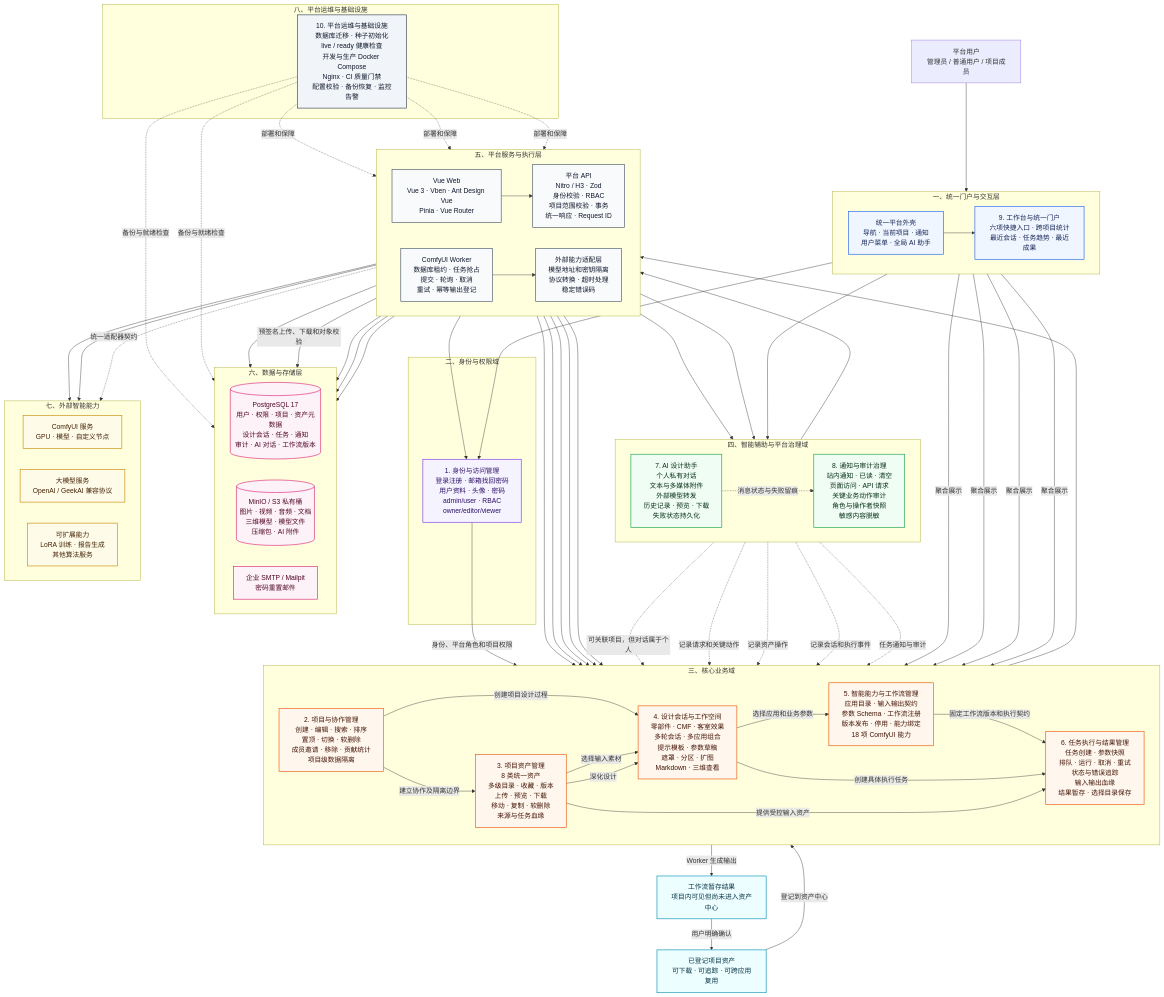
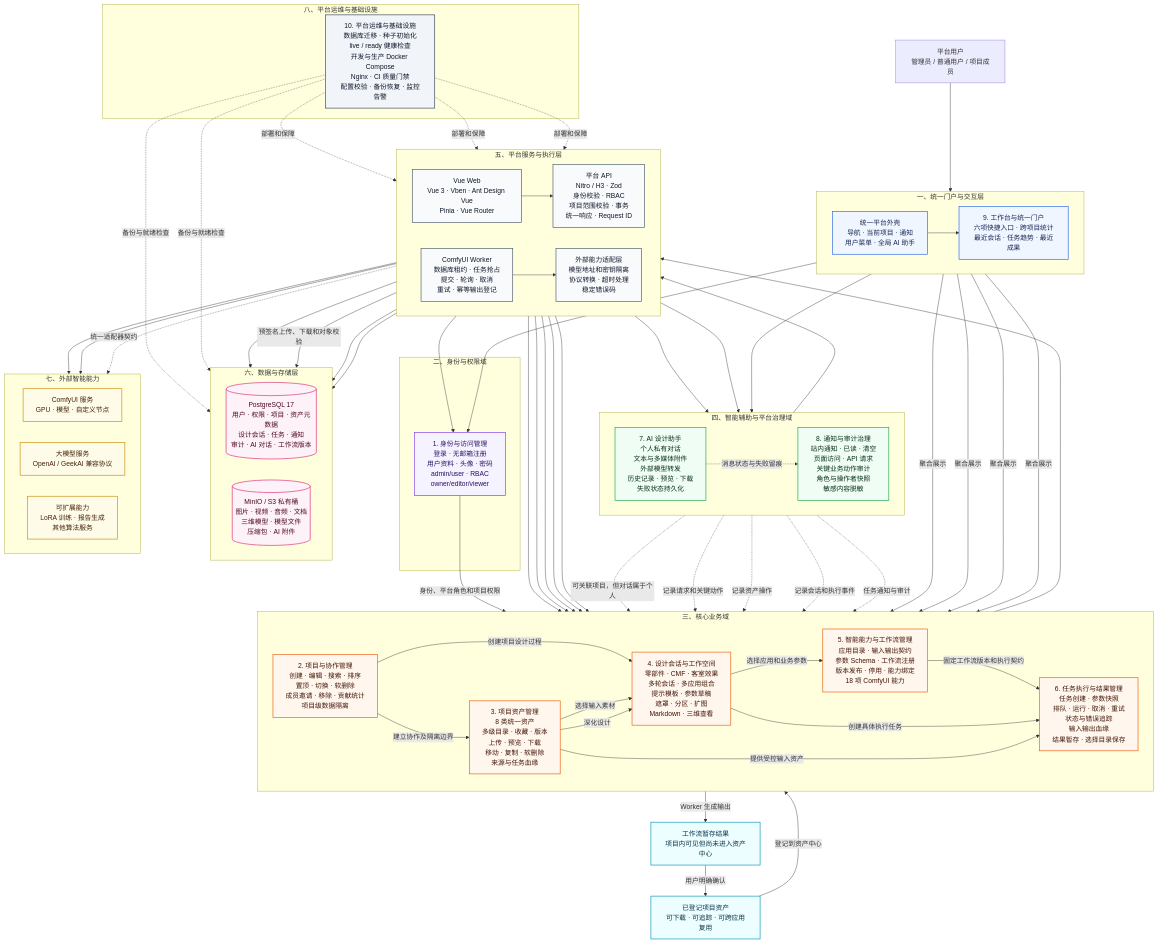
Before and after one commit to hywchina/vue-vben-admin: the diagram in README.md, drawn with Mermaid. The commit also changed other lines of this file and 238 other files, not shown here.

```diff
--- a/README.md
+++ b/README.md
@@ -28,7 +29,7 @@
     end
 
     subgraph ACCESS["二、身份与权限域"]
-        IAM["1. 身份与访问管理<br/>登录注册 · 邮箱找回密码<br/>用户资料 · 头像 · 密码<br/>admin/user · RBAC<br/>owner/editor/viewer"]
+        IAM["1. 身份与访问管理<br/>登录 · 无邮箱注册<br/>用户资料 · 头像 · 密码<br/>admin/user · RBAC<br/>owner/editor/viewer"]
     end
 
     subgraph CORE["三、核心业务域"]
@@ -75,7 +76,6 @@
 
         S3[("MinIO / S3 私有桶<br/>图片 · 视频 · 音频 · 文档<br/>三维模型 · 模型文件<br/>压缩包 · AI 附件")]
 
-        SMTP["企业 SMTP / Mailpit<br/>密码重置邮件"]
     end
 
     subgraph EXTERNAL["七、外部智能能力"]
@@ -132,7 +132,6 @@
 
     API --> PG
     API -->|"预签名上传、下载和对象校验"| S3
-    API --> SMTP
     JOB --> WORKER
     WORKER --> PG
     WORKER --> S3
@@ -164,7 +163,7 @@
     class PROJECT,ASSET,DESIGN,CAPABILITY,JOB core;
     class ASSISTANT,GOVERNANCE governance;
     class WEB,API,WORKER,ADAPTER service;
-    class PG,S3,SMTP data;
+    class PG,S3 data;
     class COMFYUI,LLM,FUTURE external;
     class STAGED,SAVED result;
     class OPERATIONS ops;
```
